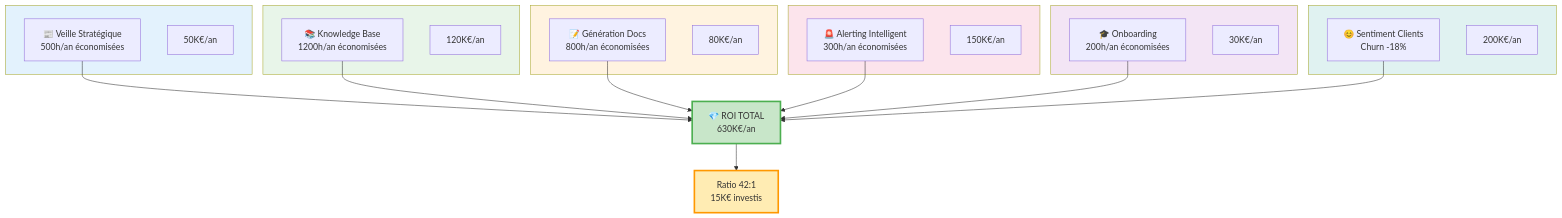
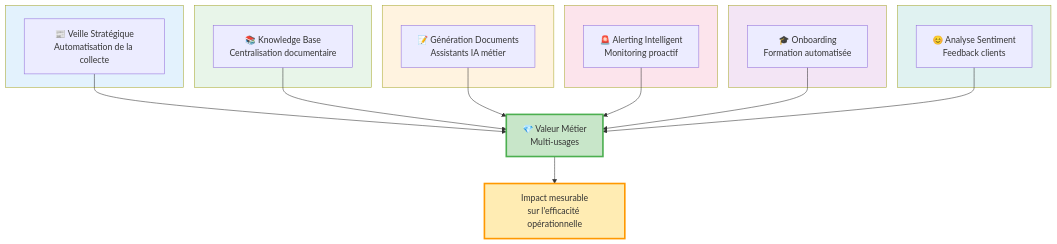
The fourth of 7 diagrams in README.md (stepstev/rag-platform-2026-public), drawn with Mermaid before and after one commit. The commit also changed other lines of this file and 1 other file, not shown here.

````diff
--- a/README.md
+++ b/README.md
@@ -149,50 +170,44 @@
 ```mermaid
 graph TD
     subgraph UC1[" "]
-        A1[📰 Veille Stratégique<br/>500h/an économisées]
-        A2[50K€/an]
+        A1[📰 Veille Stratégique<br/>Automatisation de la collecte]
     end
     
     subgraph UC2[" "]
-        B1[📚 Knowledge Base<br/>1200h/an économisées]
-        B2[120K€/an]
+        B1[📚 Knowledge Base<br/>Centralisation documentaire]
     end
     
     subgraph UC3[" "]
-        C1[📝 Génération Docs<br/>800h/an économisées]
-        C2[80K€/an]
+        C1[📝 Génération Documents<br/>Assistants IA métier]
     end
     
     subgraph UC4[" "]
-        D1[🚨 Alerting Intelligent<br/>300h/an économisées]
-        D2[150K€/an]
+        D1[🚨 Alerting Intelligent<br/>Monitoring proactif]
     end
     
     subgraph UC5[" "]
-        E1[🎓 Onboarding<br/>200h/an économisées]
-        E2[30K€/an]
+        E1[🎓 Onboarding<br/>Formation automatisée]
     end
     
     subgraph UC6[" "]
-        F1[😊 Sentiment Clients<br/>Churn -18%]
-        F2[200K€/an]
+        F1[😊 Analyse Sentiment<br/>Feedback clients]
     end
     
-    A1 --> ROI[💎 ROI TOTAL<br/>630K€/an]
+    A1 --> ROI[💎 Valeur Métier<br/>Multi-usages]
     B1 --> ROI
     C1 --> ROI
     D1 --> ROI
     E1 --> ROI
     F1 --> ROI
     
-    ROI --> RATIO[Ratio 42:1<br/>15K€ investis]
+    ROI --> IMPACT[Impact mesurable<br/>sur l'efficacité opérationnelle]
     
     style UC1 fill:#e3f2fd
     style UC2 fill:#e8f5e9
     style UC3 fill:#fff3e0
     style UC4 fill:#fce4ec
     style UC5 fill:#f3e5f5
     style UC6 fill:#e0f2f1
     style ROI fill:#c8e6c9,stroke:#4caf50,stroke-width:3px
-    style RATIO fill:#ffecb3,stroke:#ff9800,stroke-width:3px
+    style IMPACT fill:#ffecb3,stroke:#ff9800,stroke-width:3px
 ```
````
